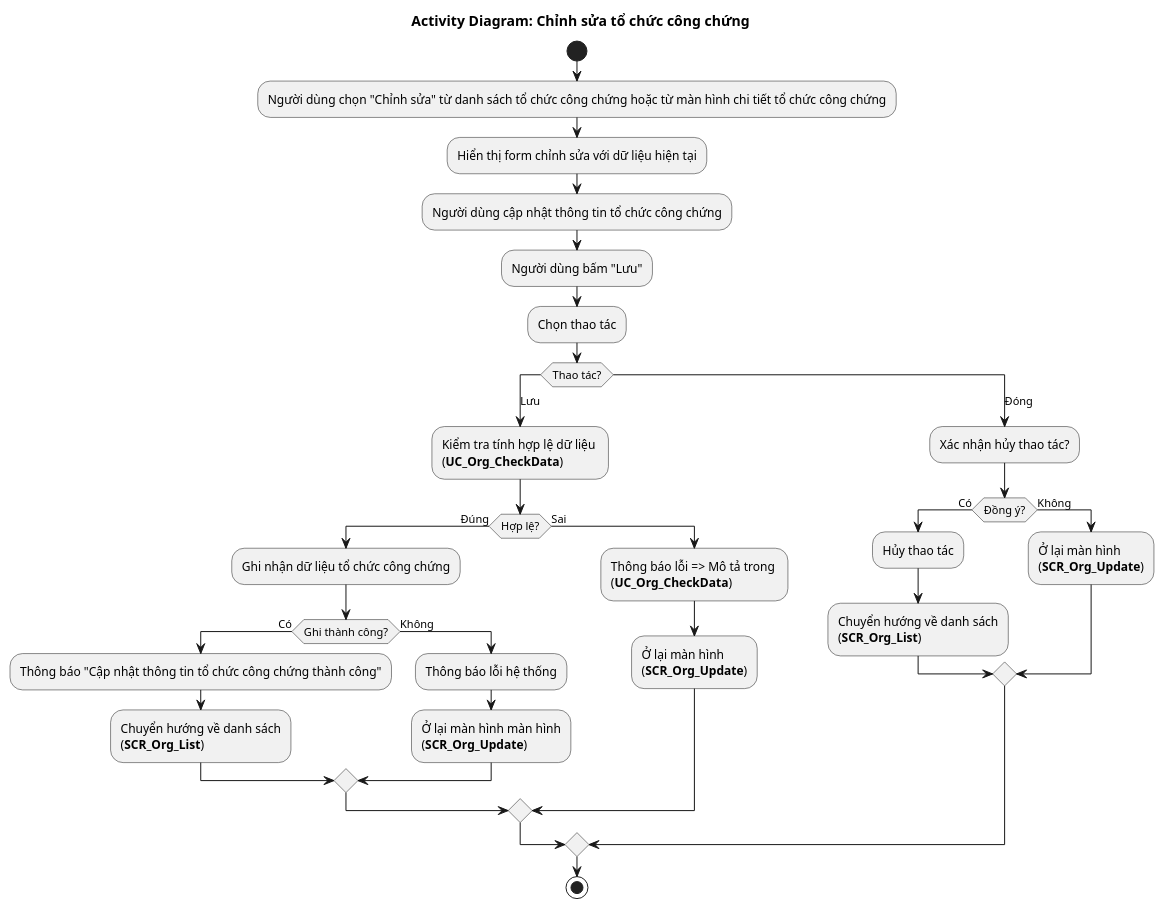
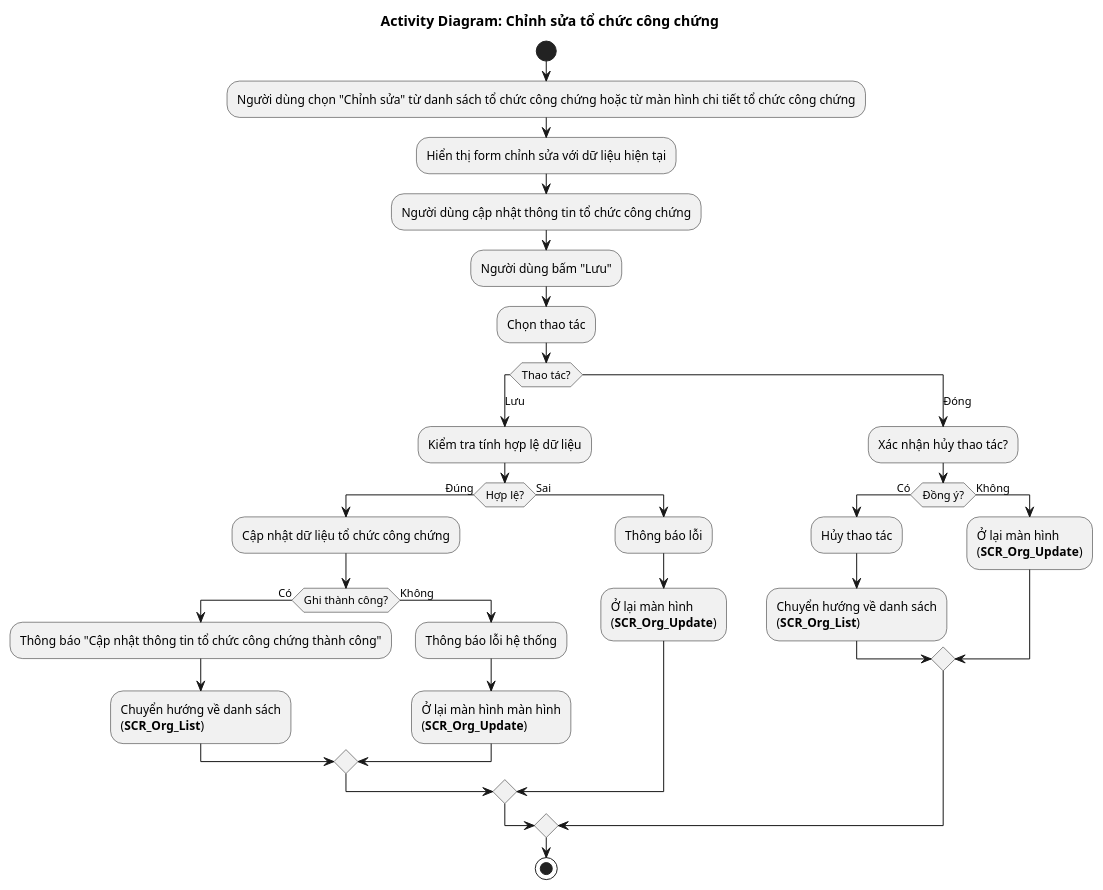
The diagram in ba/[NDS-E-00016] Quản lý tổ chức hành nghề công chứng/4.usecases/[NDS-U-00021] ChinhSua/AD_Org_Update.puml (phuongpm23/nds-docs-test), drawn with PlantUML before and after one commit. The commit also changed 51 other files, not shown here.

```diff
--- a/ba/[NDS-E-00016] Quản lý tổ chức hành nghề công chứng/4.usecases/[NDS-U-00021] ChinhSua/AD_Org_Update.puml
+++ b/ba/[NDS-E-00016] Quản lý tổ chức hành nghề công chứng/4.usecases/[NDS-U-00021] ChinhSua/AD_Org_Update.puml
@@ -1,36 +1,36 @@
 @startuml AD_Org_Update
 title Activity Diagram: Chỉnh sửa tổ chức công chứng
 
 start
 :Người dùng chọn "Chỉnh sửa" từ danh sách tổ chức công chứng hoặc từ màn hình chi tiết tổ chức công chứng;
 :Hiển thị form chỉnh sửa với dữ liệu hiện tại;
 :Người dùng cập nhật thông tin tổ chức công chứng;
 :Người dùng bấm "Lưu";
 :Chọn thao tác;
   switch (Thao tác?)
     case (Lưu)
-      :Kiểm tra tính hợp lệ dữ liệu \n(**UC_Org_CheckData**);
+      :Kiểm tra tính hợp lệ dữ liệu;
       if (Hợp lệ?) then (Đúng)
-        :Ghi nhận dữ liệu tổ chức công chứng;
+        :Cập nhật dữ liệu tổ chức công chứng;
           if (Ghi thành công?) then (Có)
             :Thông báo "Cập nhật thông tin tổ chức công chứng thành công";
             :Chuyển hướng về danh sách\n(**SCR_Org_List**);
           else (Không)
             :Thông báo lỗi hệ thống;
             :Ở lại màn hình màn hình\n(**SCR_Org_Update**);
           endif
       else (Sai)
-        :Thông báo lỗi => Mô tả trong \n(**UC_Org_CheckData**);
+        :Thông báo lỗi;
         :Ở lại màn hình\n(**SCR_Org_Update**);
       endif
     case (Đóng)
       :Xác nhận hủy thao tác?;
       if (Đồng ý?) then (Có)
         :Hủy thao tác;
         :Chuyển hướng về danh sách\n(**SCR_Org_List**);
       else (Không)
         :Ở lại màn hình\n(**SCR_Org_Update**);
       endif
   endswitch
   stop
 @enduml
```
